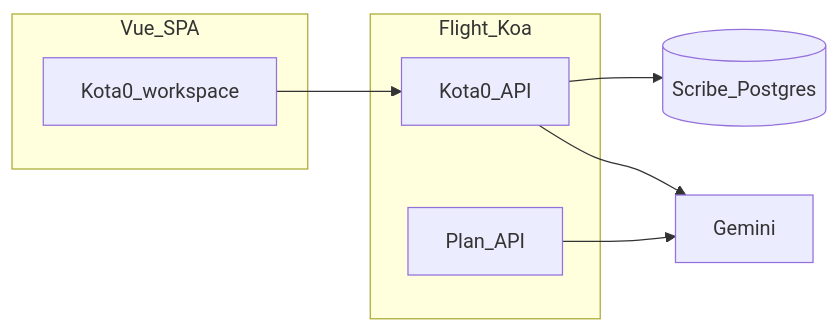
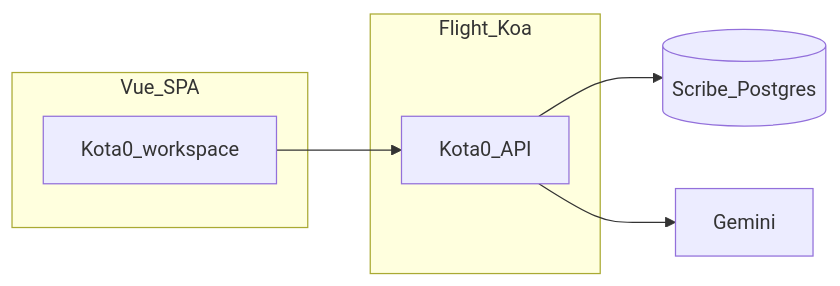
The fourth of 4 diagrams in README.md (thoughtpivot/kota0), drawn with Mermaid before and after one commit. The commit also changed other lines of this file and 304 other files, not shown here.

First line of the commit message:
Mastra AI SDK migration + auto plan/execute flow (#7)

````diff
--- a/README.md
+++ b/README.md
@@ -254,16 +254,14 @@
 ```mermaid
 flowchart LR
   subgraph ui [Vue_SPA]
     Workspace[Kota0_workspace]
   end
   subgraph runtime [Flight_Koa]
     Kota0API[Kota0_API]
-    PlanAPI[Plan_API]
   end
   Scribe[(Scribe_Postgres)]
   Gemini[Gemini]
   Workspace --> Kota0API
   Kota0API --> Scribe
   Kota0API --> Gemini
-  PlanAPI --> Gemini
 ```
````
